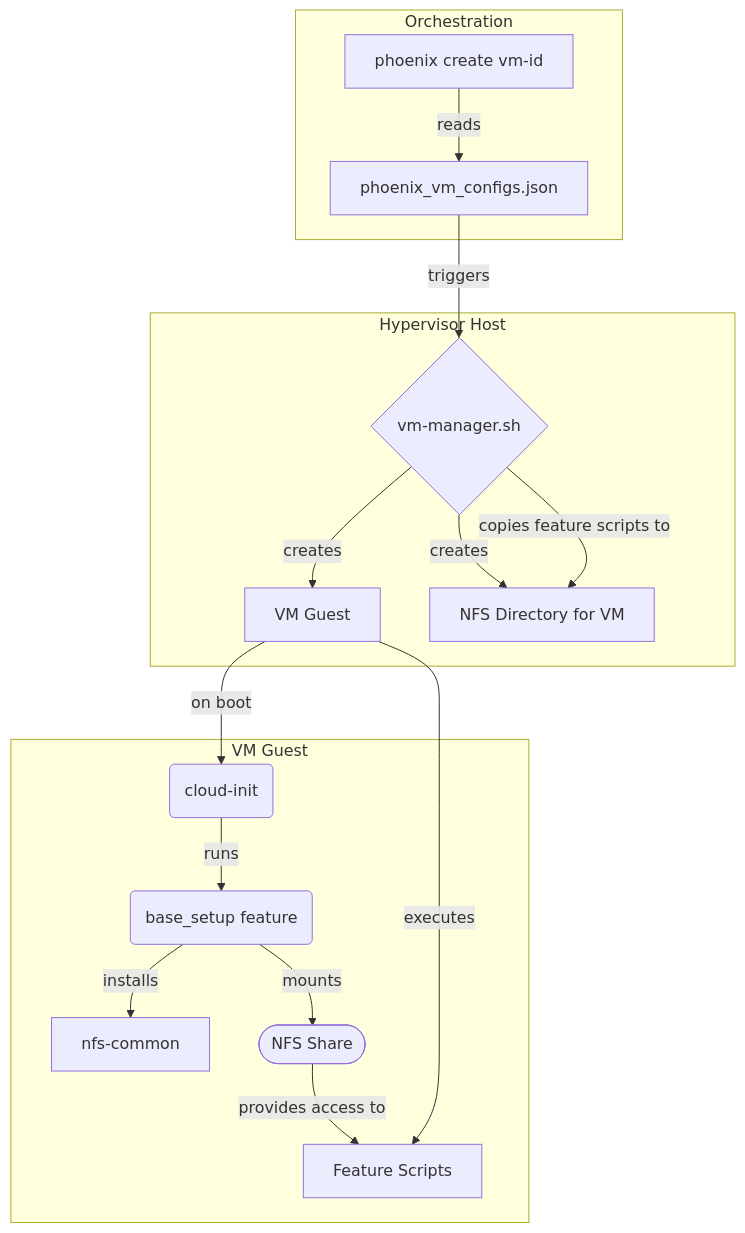
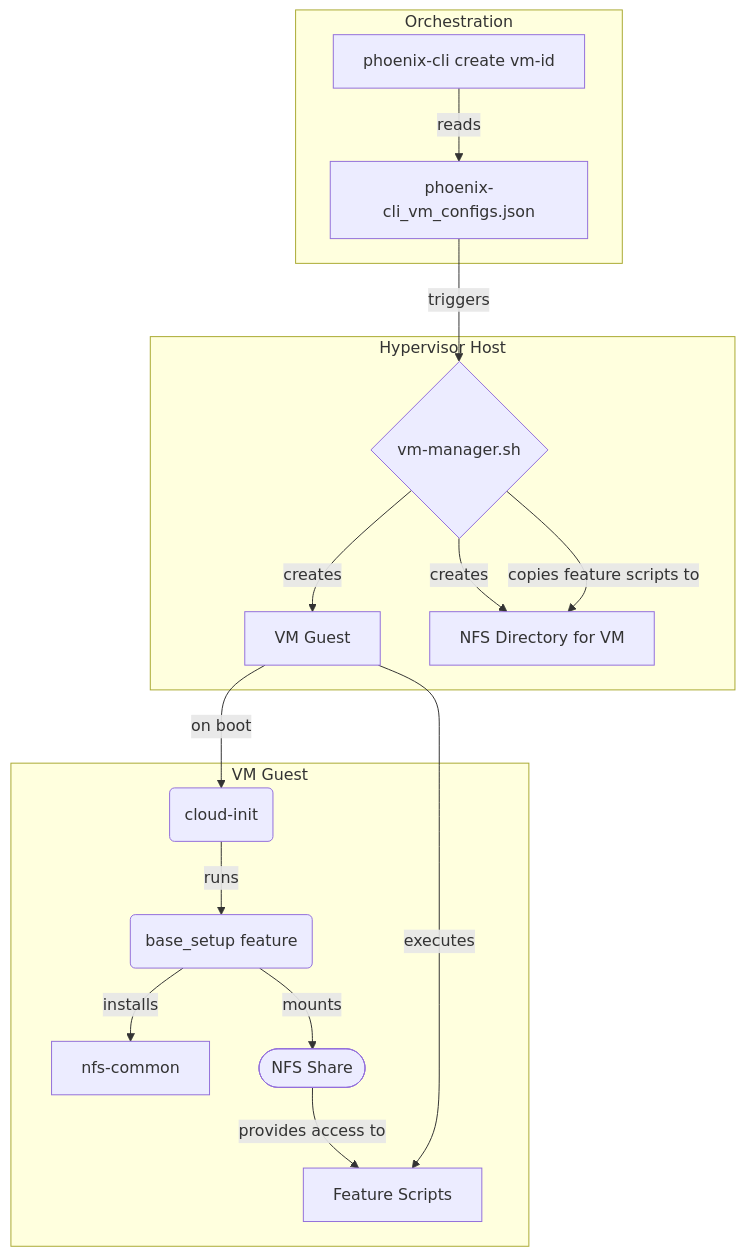
The third of 5 diagrams in Thinkheads.AI_docs/02_technical_strategy_and_architecture/26_phoenix_hypervisor_unified_architecture_guide.md (SirHeads/Testing-ideas), drawn with Mermaid before and after one commit. The commit also changed other lines of this file and 13 other files, not shown here.

Commit message:
phoenix-cli and docs

````diff
--- a/Thinkheads.AI_docs/02_technical_strategy_and_architecture/26_phoenix_hypervisor_unified_architecture_guide.md
+++ b/Thinkheads.AI_docs/02_technical_strategy_and_architecture/26_phoenix_hypervisor_unified_architecture_guide.md
@@ -163,22 +163,22 @@
 ```mermaid
 graph TD
     subgraph "Orchestration"
-        A[phoenix create vm-id] -- reads --> B[phoenix_vm_configs.json];
+        A[phoenix-cli create vm-id] -- reads --> B[phoenix-cli_vm_configs.json];
     end
 
     subgraph "Hypervisor Host"
         B -- triggers --> C{vm-manager.sh};
         C -- creates --> D[VM Guest];
         C -- creates --> E[NFS Directory for VM];
         C -- copies feature scripts to --> E;
     end
 
     subgraph "VM Guest"
         D -- on boot --> G(cloud-init);
         G -- runs --> H(base_setup feature);
         H -- installs --> I[nfs-common];
         H -- mounts --> J([NFS Share]);
         J -- provides access to --> F[Feature Scripts];
         D -- executes --> F;
     end
 ```
````
